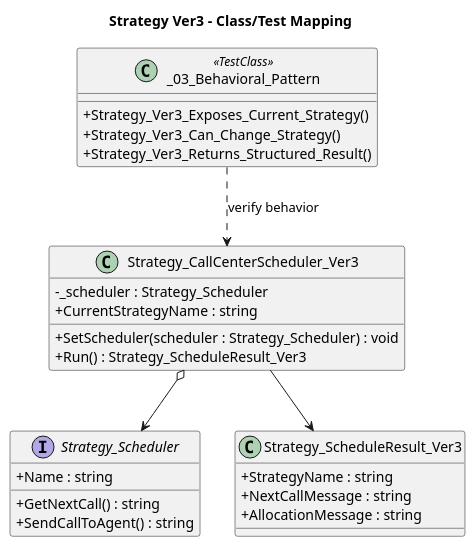
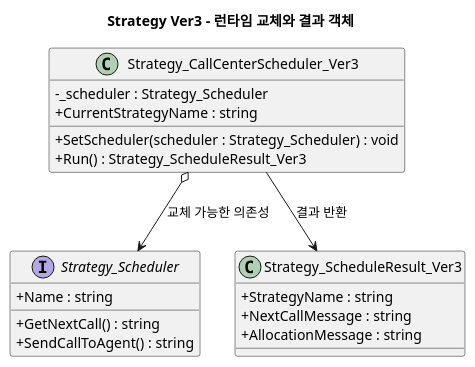
Before and after one commit to newbigwater/Design-Pattern: the third of 3 diagrams in doc/03. Behavioral Pattern/03.01. Strategy.md, drawn with PlantUML. The commit also changed other lines of this file and 19 other files, not shown here.

````diff
--- a/doc/03. Behavioral Pattern/03.01. Strategy.md
+++ b/doc/03. Behavioral Pattern/03.01. Strategy.md
@@ -309,35 +160,28 @@
 ```plantuml
 @startuml
-title Strategy Ver3 - Class/Test Mapping
+title Strategy Ver3 - 런타임 교체와 결과 객체
 skinparam classAttributeIconSize 0
 
 interface Strategy_Scheduler {
   + Name : string
   + GetNextCall() : string
   + SendCallToAgent() : string
 }
 
 class Strategy_CallCenterScheduler_Ver3 {
   - _scheduler : Strategy_Scheduler
   + CurrentStrategyName : string
   + SetScheduler(scheduler : Strategy_Scheduler) : void
   + Run() : Strategy_ScheduleResult_Ver3
 }
 
 class Strategy_ScheduleResult_Ver3 {
   + StrategyName : string
   + NextCallMessage : string
   + AllocationMessage : string
 }
 
-class _03_Behavioral_Pattern <<TestClass>> {
-  + Strategy_Ver3_Exposes_Current_Strategy()
-  + Strategy_Ver3_Can_Change_Strategy()
-  + Strategy_Ver3_Returns_Structured_Result()
-}
-
-Strategy_CallCenterScheduler_Ver3 o--> Strategy_Scheduler
-Strategy_CallCenterScheduler_Ver3 --> Strategy_ScheduleResult_Ver3
-_03_Behavioral_Pattern ..> Strategy_CallCenterScheduler_Ver3 : verify behavior
+Strategy_CallCenterScheduler_Ver3 o--> Strategy_Scheduler : 교체 가능한 의존성
+Strategy_CallCenterScheduler_Ver3 --> Strategy_ScheduleResult_Ver3 : 결과 반환
 @enduml
 ```
````
